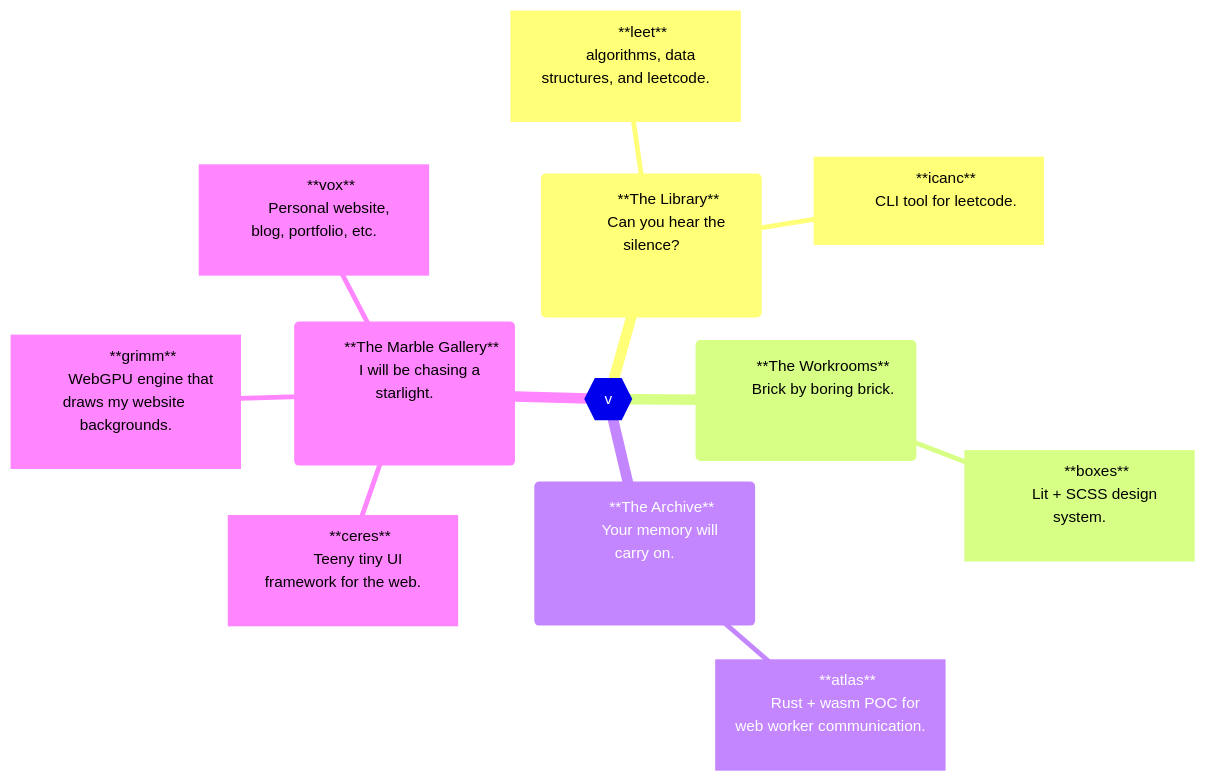
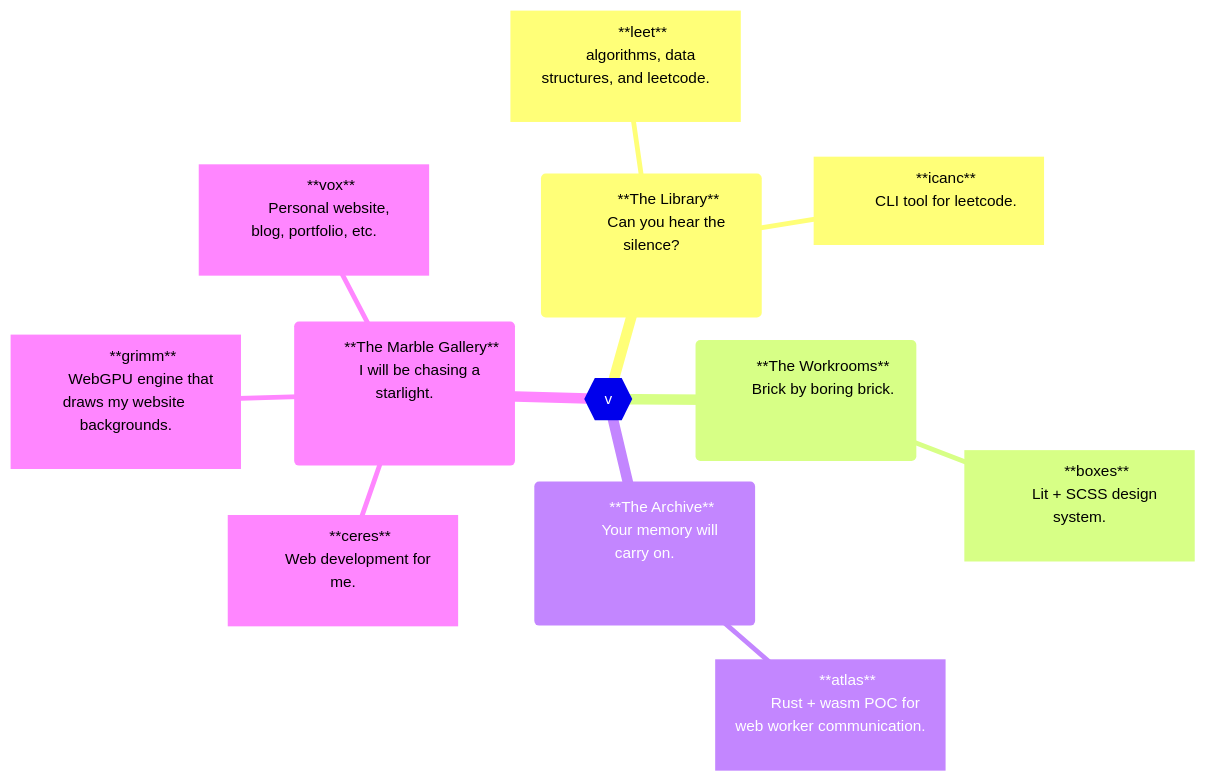
One commit to voxelstack/voxelstack changed the diagram in README.md. Above: the diagram before and after it, drawn with Mermaid.

````diff
--- a/README.md
+++ b/README.md
@@ -4,53 +4,53 @@
 ```mermaid
 mindmap
   root{{v}}
     (
         **The Library**
         Can you hear the silence?
         <!-- Can you see the dark? -->
     )
       [
         **leet**
         algorithms, data structures, and leetcode.
       ]
       [
         **icanc**
         CLI tool for leetcode.
       ]
     (
         <!-- The word "workshop" was taken from us. -->
         **The Workrooms**
         Brick by boring brick.
         <!-- Or the wolf's gonna blow it down. -->
     )
       [
         **boxes**
         Lit + SCSS design system.
       ]
     (
         **The Archive**
         Your memory will carry on.
         <!-- We'll carry on. -->
     )
       [
         **atlas**
         Rust + wasm POC for web worker communication.
       ]
     (
         **The Marble Gallery**
         I will be chasing a starlight.
         <!-- Until the end of my life. -->
     )
       [
         **ceres**
-        Teeny tiny UI framework for the web.
+        Web development for me.
       ]
       [
         **grimm**
         WebGPU engine that draws my website backgrounds.
       ]
       [
         **vox**
         Personal website, blog, portfolio, etc.
       ]
 ```
````
